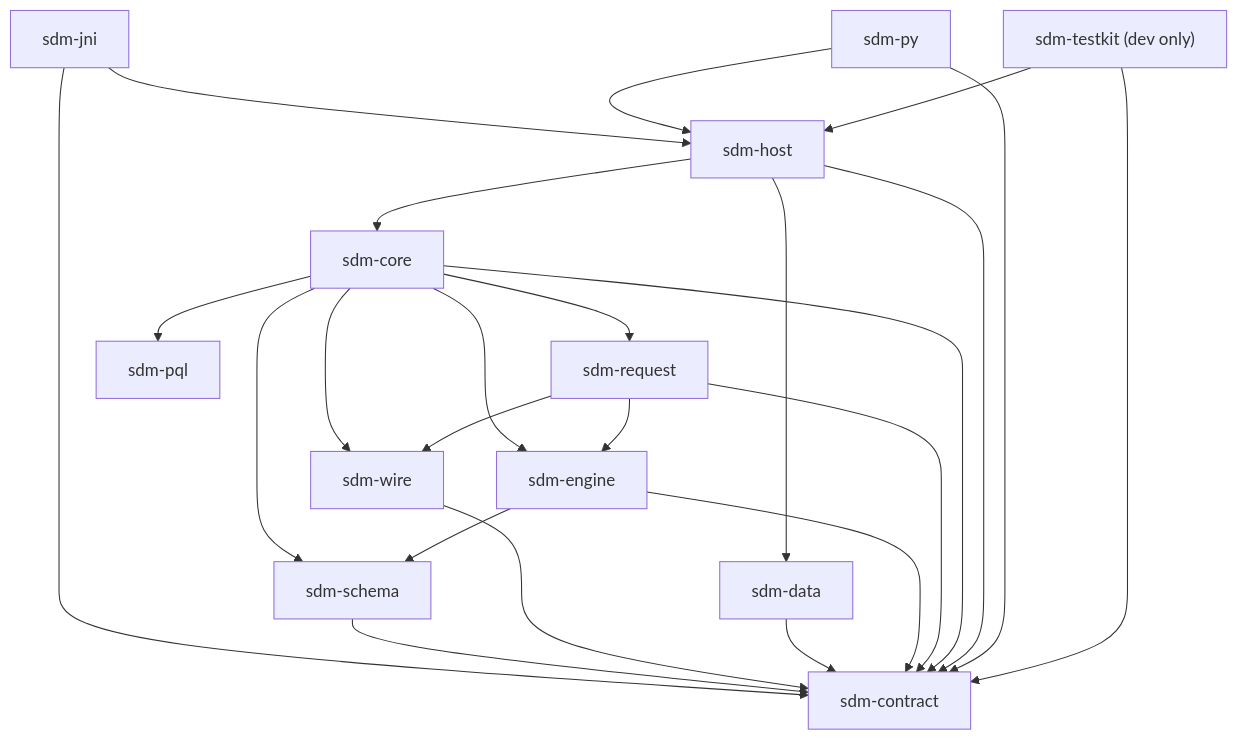
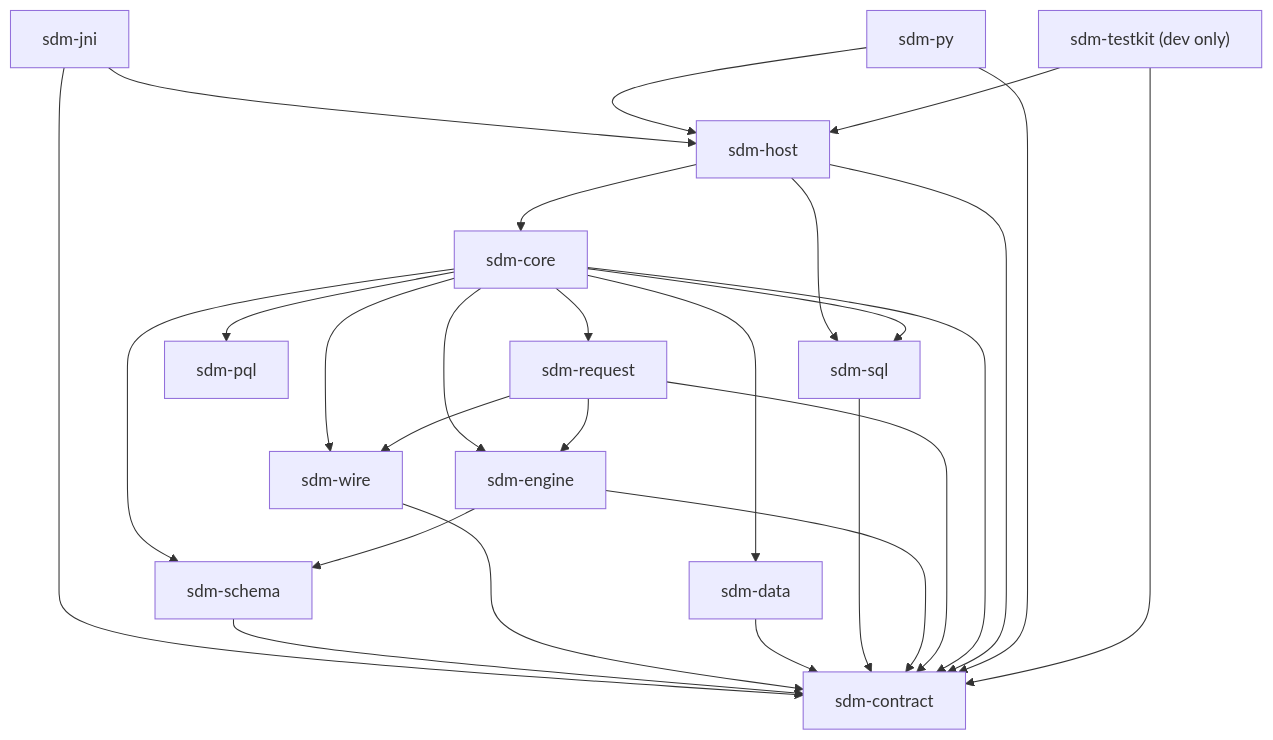
The diagram in rust/README.md (NVIDIA/structured-data-models-client), drawn with Mermaid before and after one commit. The commit also changed other lines of this file and 158 other files, not shown here.

First line of the commit message:
Move each dialect's SQL into an sdm-sql crate and add the SQL kit

````diff
--- a/rust/README.md
+++ b/rust/README.md
@@ -38,26 +40,29 @@
 ```mermaid
 flowchart TD
     sdm_jni["sdm-jni"] --> sdm_host
     sdm_jni --> sdm_contract
     sdm_py["sdm-py"] --> sdm_host["sdm-host"]
     sdm_testkit["sdm-testkit (dev only)"] --> sdm_host
     sdm_host --> sdm_core["sdm-core"]
-    sdm_host --> sdm_data["sdm-data"]
+    sdm_host --> sdm_sql["sdm-sql"]
+    sdm_core --> sdm_data["sdm-data"]
+    sdm_core --> sdm_sql
     sdm_core --> sdm_request["sdm-request"]
     sdm_core --> sdm_engine["sdm-engine"]
     sdm_core --> sdm_schema["sdm-schema"]
     sdm_core --> sdm_wire["sdm-wire"]
     sdm_core --> sdm_pql["sdm-pql"]
     sdm_request --> sdm_engine
     sdm_request --> sdm_wire
     sdm_engine --> sdm_schema
     sdm_schema --> sdm_contract["sdm-contract"]
     sdm_wire --> sdm_contract
     sdm_data --> sdm_contract
+    sdm_sql --> sdm_contract
     sdm_engine --> sdm_contract
     sdm_request --> sdm_contract
     sdm_core --> sdm_contract
     sdm_host --> sdm_contract
     sdm_py --> sdm_contract
     sdm_testkit --> sdm_contract
 ```
````
